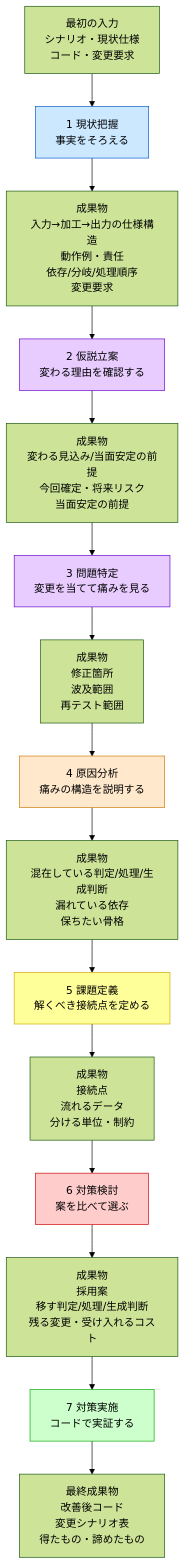
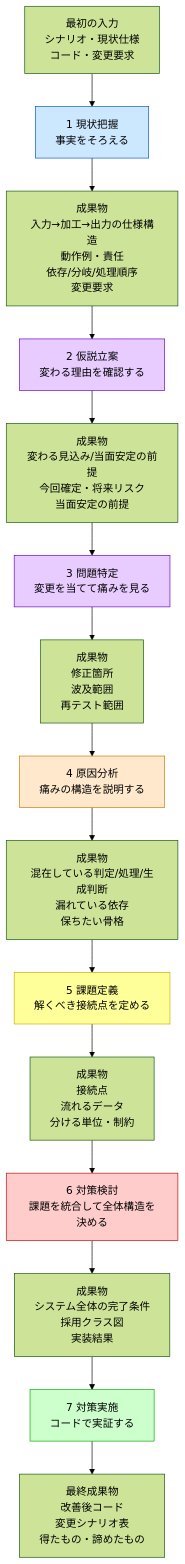
Before and after one commit to kumachan1101-pixel/DesignPattern: the second of 3 diagrams in kindle/design-patterns/output/chapter00_2.md, drawn with Mermaid (forest theme). The commit also changed other lines of this file and 2 other files, not shown here.

````diff
--- a/kindle/design-patterns/output/chapter00_2.md
+++ b/kindle/design-patterns/output/chapter00_2.md
@@ -97,41 +97,41 @@
 ```mermaid
 flowchart TB
     I0["最初の入力<br>シナリオ・現状仕様<br>コード・変更要求"]
 
     P1["1 現状把握<br>事実をそろえる"]
     O1["成果物<br>入力→加工→出力の仕様構造<br>動作例・責任<br>依存/分岐/処理順序<br>変更要求"]
 
     P2["2 仮説立案<br>変わる理由を確認する"]
     O2["成果物<br>変わる見込み/当面安定の前提<br>今回確定・将来リスク<br>当面安定の前提"]
 
     P3["3 問題特定<br>変更を当てて痛みを見る"]
     O3["成果物<br>修正箇所<br>波及範囲<br>再テスト範囲"]
 
     P4["4 原因分析<br>痛みの構造を説明する"]
     O4["成果物<br>混在している判定/処理/生成判断<br>漏れている依存<br>保ちたい骨格"]
 
     P5["5 課題定義<br>解くべき接続点を定める"]
     O5["成果物<br>接続点<br>流れるデータ<br>分ける単位・制約"]
 
-    P6["6 対策検討<br>案を比べて選ぶ"]
-    O6["成果物<br>採用案<br>移す判定/処理/生成判断<br>残る変更・受け入れるコスト"]
+    P6["6 対策検討<br>課題を統合して全体構造を決める"]
+    O6["成果物<br>システム全体の完了条件<br>採用クラス図<br>実装結果"]
 
     P7["7 対策実施<br>コードで実証する"]
     O7["最終成果物<br>改善後コード<br>変更シナリオ表<br>得たもの・諦めたもの"]
 
     I0 --> P1 --> O1
     O1 --> P2 --> O2
     O2 --> P3 --> O3
     O3 --> P4 --> O4
     O4 --> P5 --> O5
     O5 --> P6 --> O6
     O6 --> P7 --> O7
 
     style P1 fill:#cce8ff,stroke:#0055cc
     style P2 fill:#e8ccff,stroke:#6600cc
     style P3 fill:#e8ccff,stroke:#6600cc
     style P4 fill:#ffe8cc,stroke:#cc7700
     style P5 fill:#ffff99,stroke:#ccaa00
     style P6 fill:#ffcccc,stroke:#cc0000
     style P7 fill:#ccffcc,stroke:#00aa00
 ```
````
